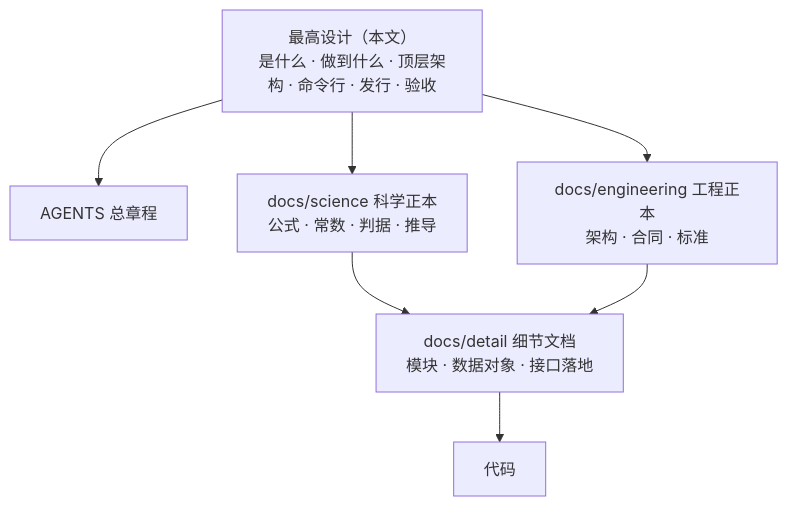
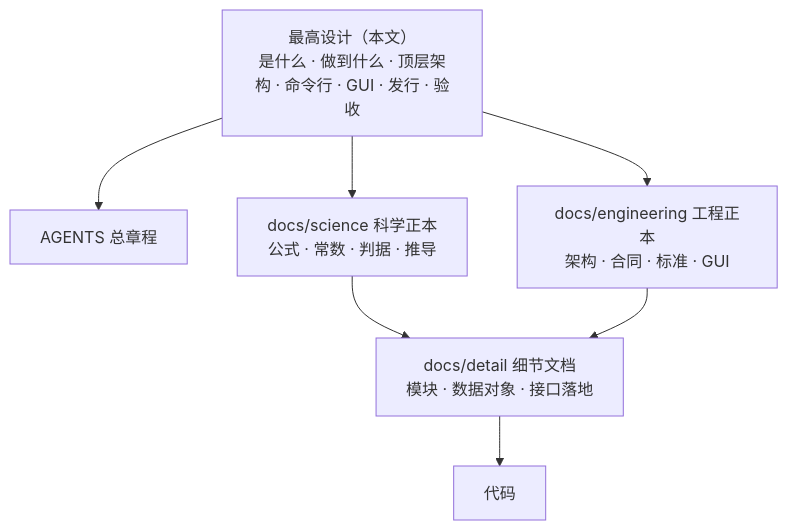
Before and after one commit to fujiaze/Astro-CS-Database: the first of 11 diagrams in docs/ACSD_DESIGN.md, drawn with Mermaid. The commit also changed other lines of this file and 2 other files, not shown here.

````diff
--- a/docs/ACSD_DESIGN.md
+++ b/docs/ACSD_DESIGN.md
@@ -7,15 +7,15 @@
 ```mermaid
 flowchart TD
-    D["最高设计（本文）<br/>是什么 · 做到什么 · 顶层架构 · 命令行 · 发行 · 验收"]
+    D["最高设计（本文）<br/>是什么 · 做到什么 · 顶层架构 · 命令行 · GUI · 发行 · 验收"]
     A["AGENTS 总章程"]
     S["docs/science 科学正本<br/>公式 · 常数 · 判据 · 推导"]
-    E["docs/engineering 工程正本<br/>架构 · 合同 · 标准"]
+    E["docs/engineering 工程正本<br/>架构 · 合同 · 标准 · GUI"]
     X["docs/detail 细节文档<br/>模块 · 数据对象 · 接口落地"]
     C["代码"]
     D --> A
     D --> S
     D --> E
     S --> X
     E --> X
     X --> C
 ```
````
